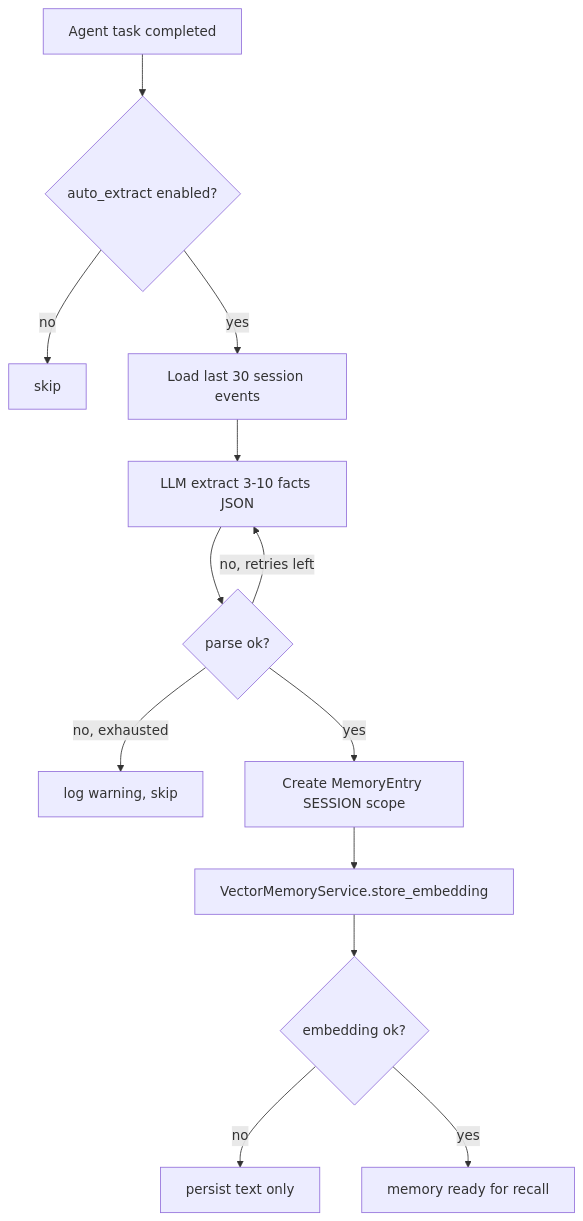
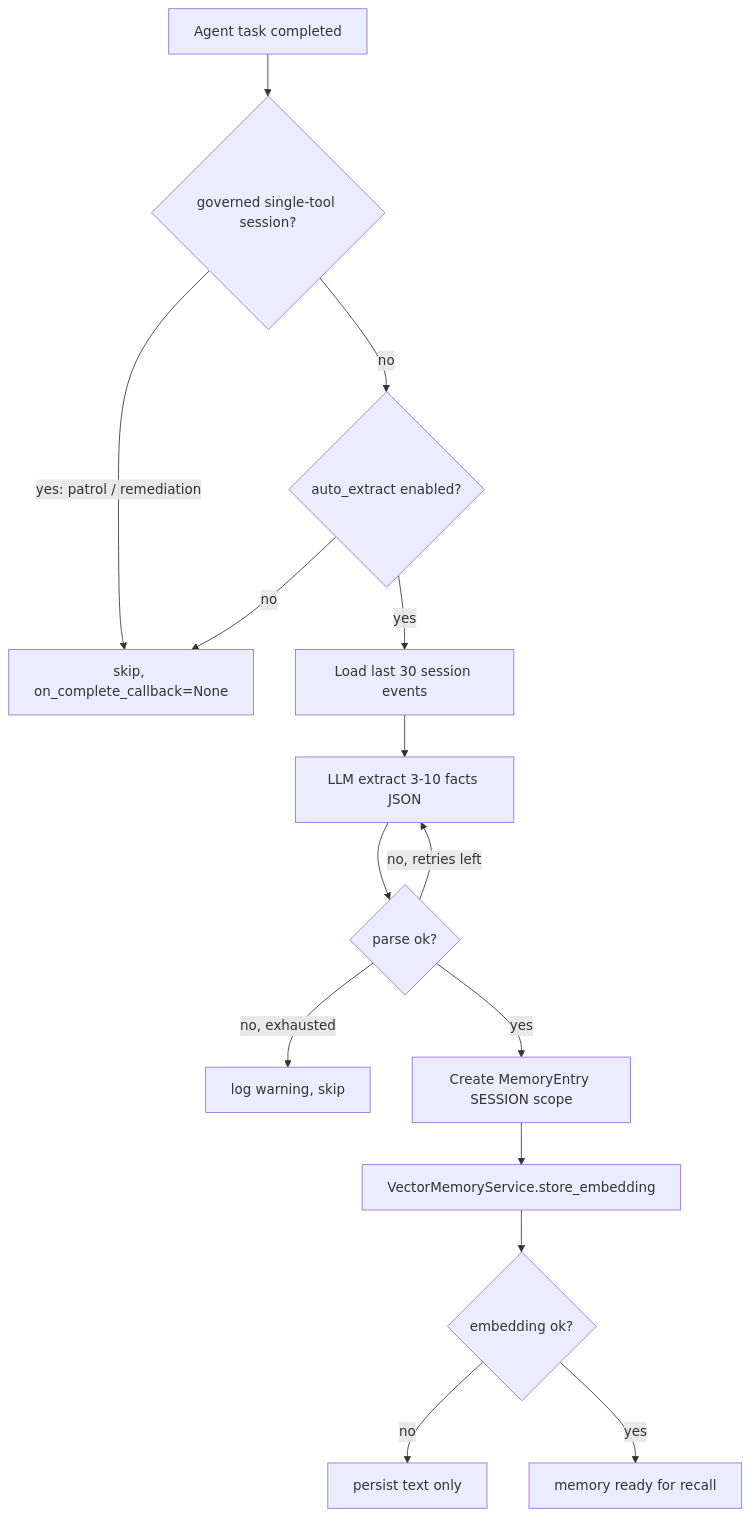
The eighth of 8 diagrams in docs/architecture/overview.md (OceaLong/opencitadel), drawn with Mermaid before and after one commit. The commit also changed other lines of this file and 375 other files, not shown here.

First line of the commit message:
feat(ops-patrol): add remediation support for Ops Patrol

````diff
--- a/docs/architecture/overview.md
+++ b/docs/architecture/overview.md
@@ -287,15 +289,17 @@
 ```mermaid
 flowchart TD
-  Done["Agent task completed"] --> Enabled{"auto_extract enabled?"}
-  Enabled -->|"no"| Skip["skip"]
+  Done["Agent task completed"] --> Governed{"governed single-tool session?"}
+  Governed -->|"yes: patrol / remediation"| Skip["skip, on_complete_callback=None"]
+  Governed -->|"no"| Enabled{"auto_extract enabled?"}
+  Enabled -->|"no"| Skip
   Enabled -->|"yes"| Load["Load last 30 session events"]
   Load --> LLM["LLM extract 3-10 facts JSON"]
   LLM --> Retry{"parse ok?"}
   Retry -->|"no, retries left"| LLM
   Retry -->|"no, exhausted"| Warn["log warning, skip"]
   Retry -->|"yes"| Store["Create MemoryEntry SESSION scope"]
   Store --> Vector["VectorMemoryService.store_embedding"]
   Vector --> VectorFail{"embedding ok?"}
   VectorFail -->|"no"| PersistText["persist text only"]
   VectorFail -->|"yes"| DoneMem["memory ready for recall"]
 ```
````
